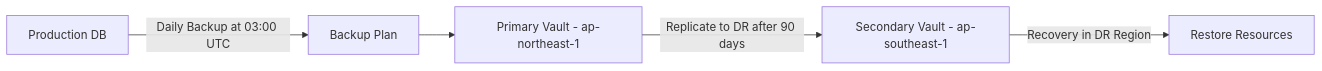
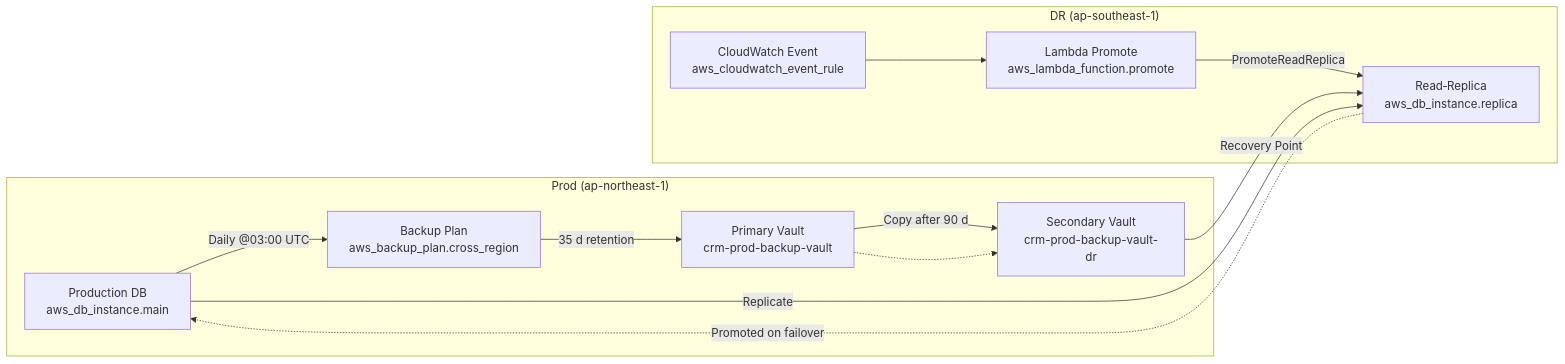
Before and after one commit to Dakarakoso/challenge: the second of 2 diagrams in README.md, drawn with Mermaid. The commit also changed other lines of this file and 11 other files, not shown here.

````diff
--- a/README.md
+++ b/README.md
@@ -133,7 +165,29 @@
 ```mermaid
 flowchart LR
-  ProdDB[Production DB] -->|Daily Backup at 03:00 UTC| BP[Backup Plan]
-  BP --> PV[Primary Vault - ap-northeast-1]
-  PV -->|Replicate to DR after 90 days| SV[Secondary Vault - ap-southeast-1]
-  SV -->|Recovery in DR Region| DR[Restore Resources]
+  %% Production Region (ap-northeast-1)
+  subgraph "Prod (ap-northeast-1)"
+    ProdDB[Production DB<br/>aws_db_instance.main]
+    BP[Backup Plan<br/>aws_backup_plan.cross_region]
+    PV[Primary Vault<br/>crm-prod-backup-vault]
+    ProdDB -->|Daily @03:00 UTC| BP
+    BP -->|35 d retention| PV
+    PV -->|Copy after 90 d| SV
+  end
+
+  %% DR Region (ap-southeast-1)
+  subgraph "DR (ap-southeast-1)"
+    SV[Secondary Vault<br/>crm-prod-backup-vault-dr]
+    Replica[Read‐Replica<br/>aws_db_instance.replica]
+    SV -->|Recovery Point| Replica
+    CE[CloudWatch Event<br/>aws_cloudwatch_event_rule]
+    Lambda[Lambda Promote<br/>aws_lambda_function.promote]
+    CE --> Lambda
+    Lambda -->|PromoteReadReplica| Replica
+  end
+
+  %% Flows
+  PV -.-> SV
+  Replica -.->|Promoted on failover| ProdDB
+  ProdDB -->|Replicate| Replica
+
 ```
````
